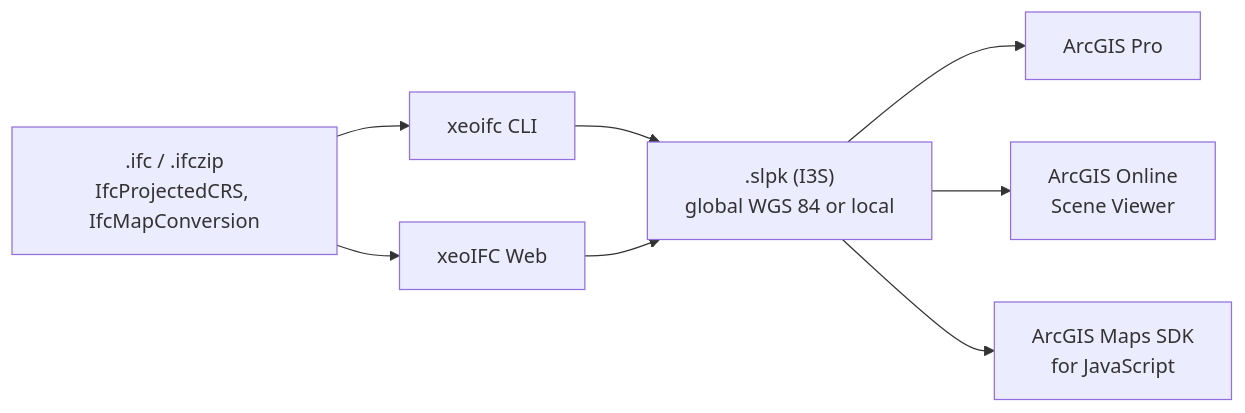
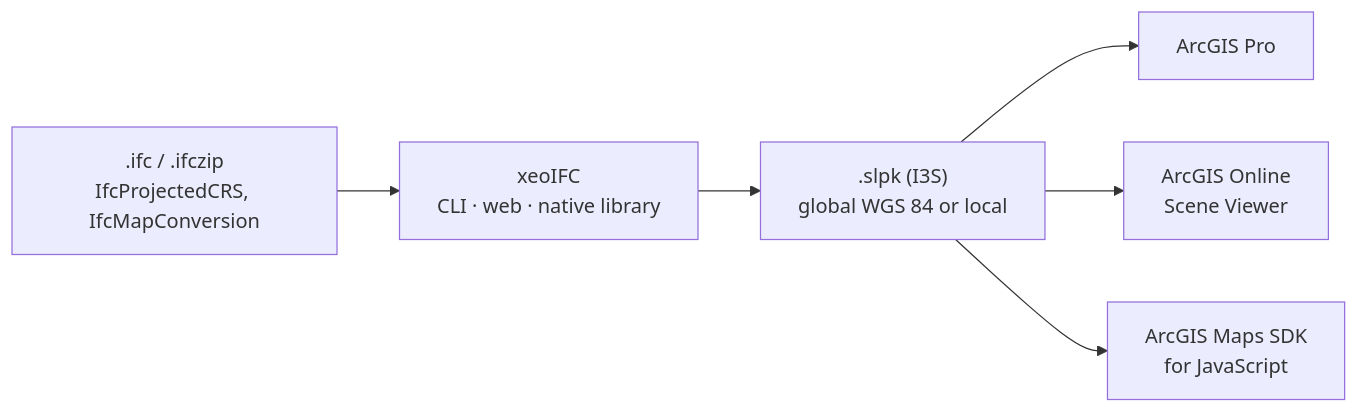
The sixth of 6 diagrams in README.md (xeofoundry/xeoIFC), drawn with Mermaid before and after one commit. The commit also changed other lines of this file and 50 other files, not shown here.

Commit message:
update xeoIFC WebAssembly viewer

````diff
--- a/README.md
+++ b/README.md
@@ -151,10 +151,9 @@
 ```mermaid
 flowchart LR
-    IFC[".ifc / .ifczip<br/>IfcProjectedCRS, IfcMapConversion"] --> CLI["xeoifc CLI"]
-    IFC --> WEB["xeoIFC Web"]
-    CLI --> SLPK[".slpk (I3S)<br/>global WGS 84 or local"]
-    WEB --> SLPK
+    IFC[".ifc / .ifczip<br/>IfcProjectedCRS, IfcMapConversion"]
+    IFC --> xeoIFC["xeoIFC<br/>CLI · web · native library"]
+    xeoIFC --> SLPK[".slpk (I3S)<br/>global WGS 84 or local"]
     SLPK --> PRO["ArcGIS Pro"]
     SLPK --> AGOL["ArcGIS Online<br/>Scene Viewer"]
     SLPK --> JS["ArcGIS Maps SDK<br/>for JavaScript"]
 ```
````
